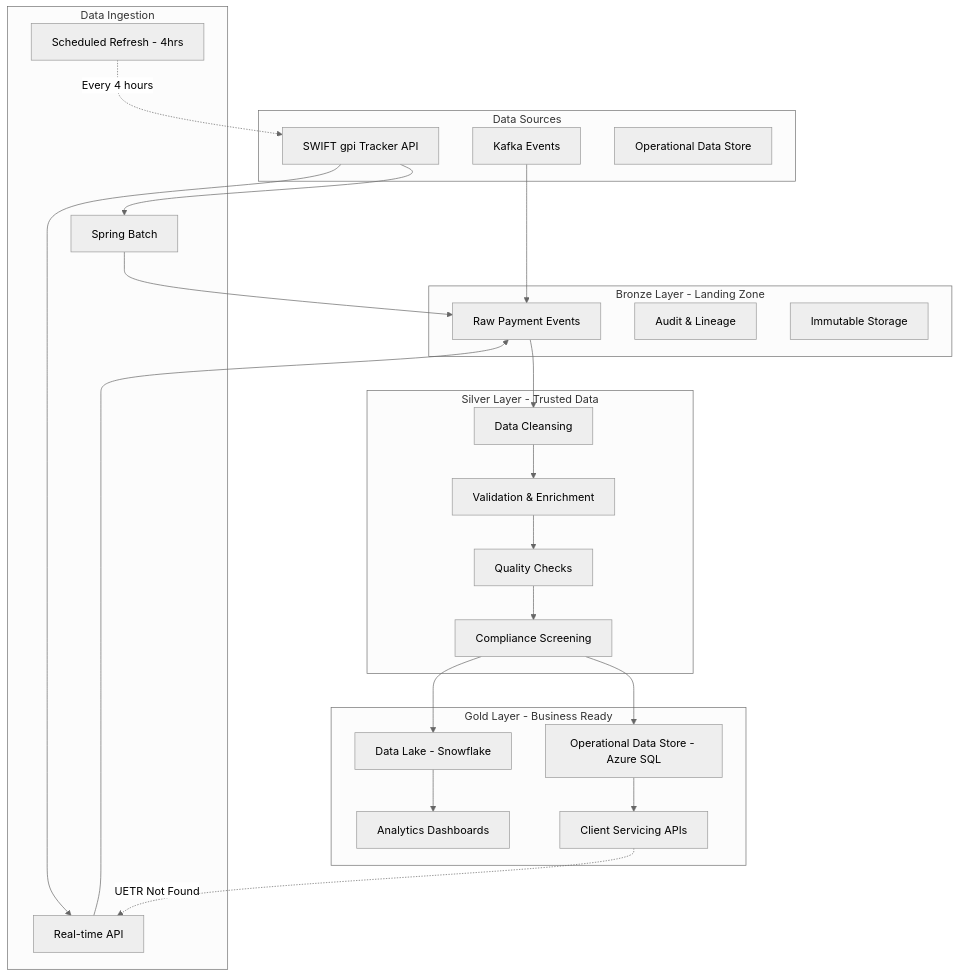
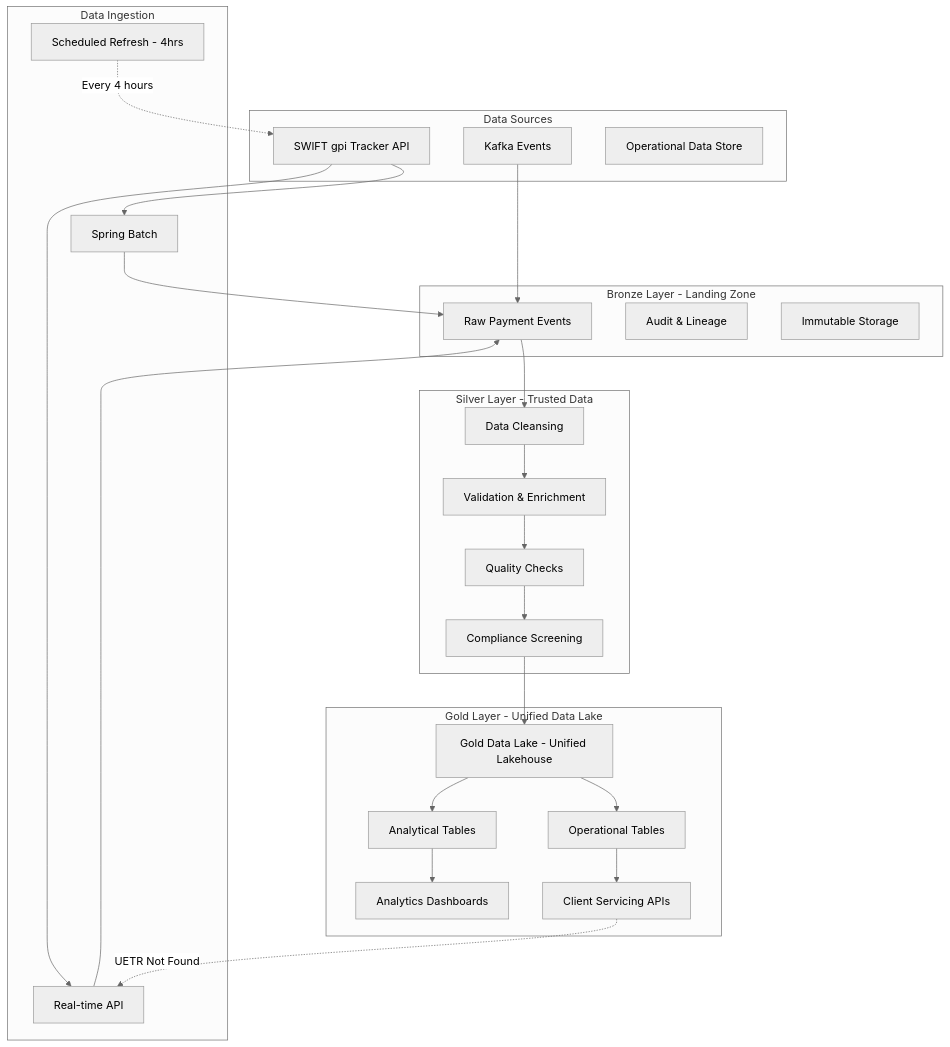
One commit to calvinlee999/react_next_java_journey changed the second of 2 diagrams in docs/level0-cross-border-architecture.md. Above: the diagram before and after it, drawn with Mermaid (neutral theme). The commit also changed other lines of this file, not shown here.

First line of the commit message:
refactor: Align Medallion Architecture with Original Design Vision

````diff
--- a/docs/level0-cross-border-architecture.md
+++ b/docs/level0-cross-border-architecture.md
@@ -154,56 +154,58 @@
 ```mermaid
 graph TB
     %% Data Sources
     subgraph "Data Sources"
         SWIFT[SWIFT gpi Tracker API]
         KE[Kafka Events]
         ODS[Operational Data Store]
     end
 
     %% Ingestion Layer
     subgraph "Data Ingestion"
         SB[Spring Batch]
         RT[Real-time API]
         SC[Scheduled Refresh - 4hrs]
     end
 
     %% Medallion Architecture
     subgraph "Bronze Layer - Landing Zone"
         BZ[Raw Payment Events]
         BL[Audit & Lineage]
         BI[Immutable Storage]
     end
 
     subgraph "Silver Layer - Trusted Data"
         SC1[Data Cleansing]
         SC2[Validation & Enrichment]
         SC3[Quality Checks]
         SC4[Compliance Screening]
     end
 
-    subgraph "Gold Layer - Business Ready"
-        OD[Operational Data Store - Azure SQL]
-        DL[Data Lake - Snowflake]
+    subgraph "Gold Layer - Unified Data Lake"
+        GDL[Gold Data Lake - Unified Lakehouse]
+        OT[Operational Tables]
+        AT[Analytical Tables]
+        CS[Client Servicing APIs]
         DS[Analytics Dashboards]
-        CS[Client Servicing APIs]
     end
 
     %% Data Flow
     SWIFT --> SB
     SWIFT --> RT
     KE --> BZ
     SB --> BZ
     RT --> BZ
     BZ --> SC1
     SC1 --> SC2
     SC2 --> SC3
     SC3 --> SC4
-    SC4 --> OD
-    SC4 --> DL
-    OD --> CS
-    DL --> DS
+    SC4 --> GDL
+    GDL --> OT
+    GDL --> AT
+    OT --> CS
+    AT --> DS
 
     %% Fallback Logic
     CS -.->|UETR Not Found| RT
     SC -.->|Every 4 hours| SWIFT
 ```
````
